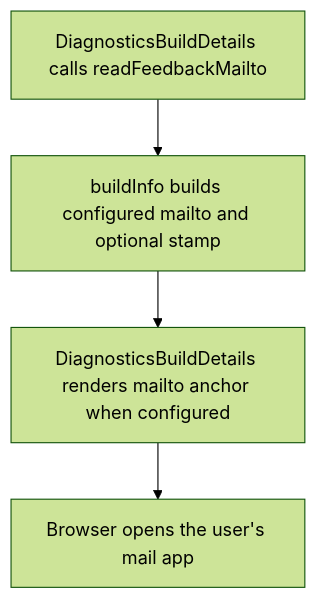
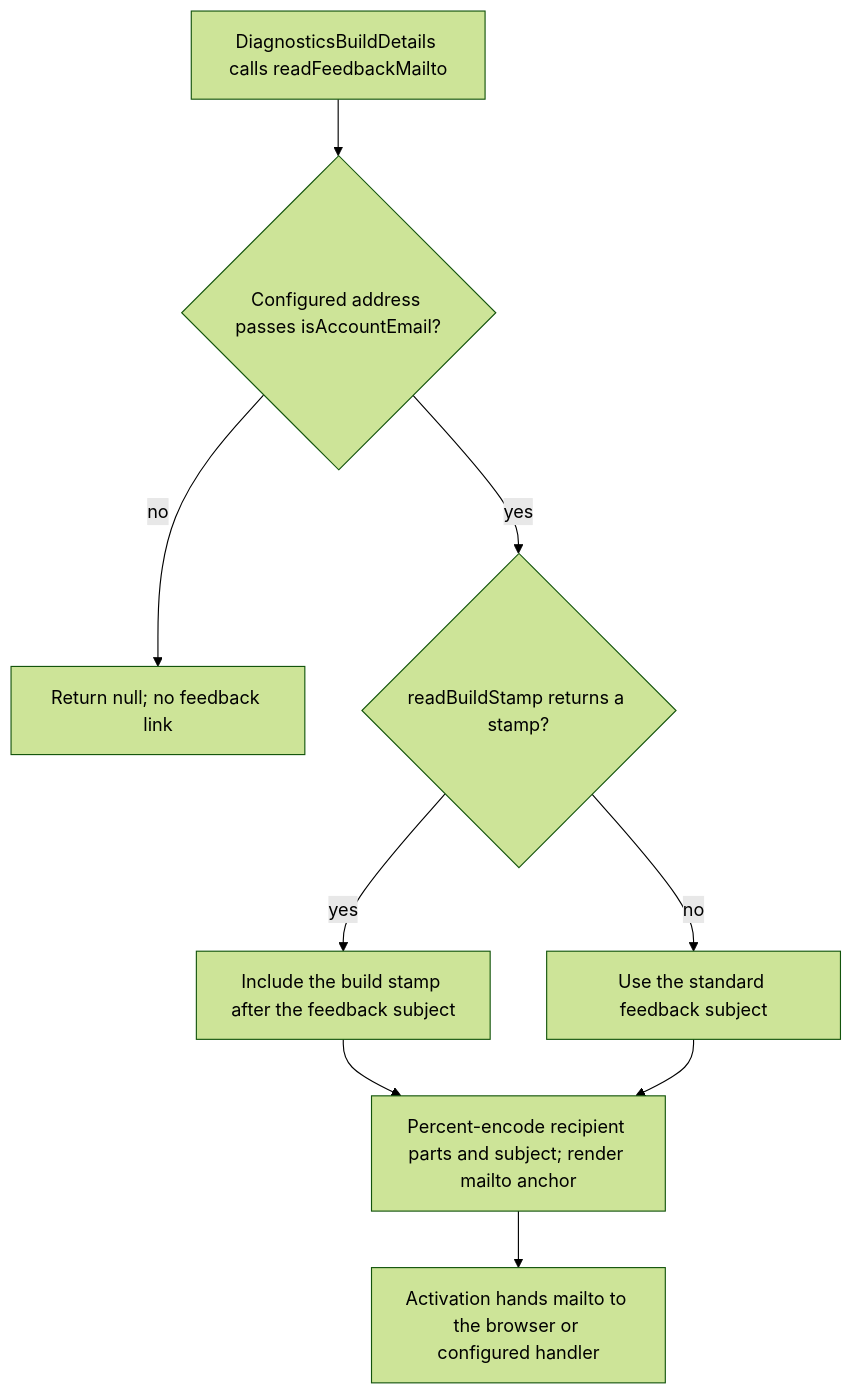
One commit to Kevinjohn/capacitylens changed the second of 2 diagrams in user-stories/settings/US-SET-04-send-feedback.md. Above: the diagram before and after it, drawn with Mermaid (forest theme). The commit also changed other lines of this file and 172 other files, not shown here.

Commit message:
docs: reconcile user story code flows with source

````diff
--- a/user-stories/settings/US-SET-04-send-feedback.md
+++ b/user-stories/settings/US-SET-04-send-feedback.md
@@ -26,6 +26,11 @@
 ```mermaid
 flowchart TD
-  view["DiagnosticsBuildDetails calls readFeedbackMailto"] --> info["buildInfo builds configured mailto and optional stamp"]
-  info --> link["DiagnosticsBuildDetails renders mailto anchor when configured"]
-  link --> mail["Browser opens the user's mail app"]
+  view["DiagnosticsBuildDetails calls readFeedbackMailto"] --> valid{"Configured address passes isAccountEmail?"}
+  valid -->|no| skip["Return null; no feedback link"]
+  valid -->|yes| stamp{"readBuildStamp returns a stamp?"}
+  stamp -->|yes| decorated["Include the build stamp after the feedback subject"]
+  stamp -->|no| plain["Use the standard feedback subject"]
+  decorated --> link["Percent-encode recipient parts and subject; render mailto anchor"]
+  plain --> link
+  link --> click["Activation hands mailto to the browser or configured handler"]
 ```
````
